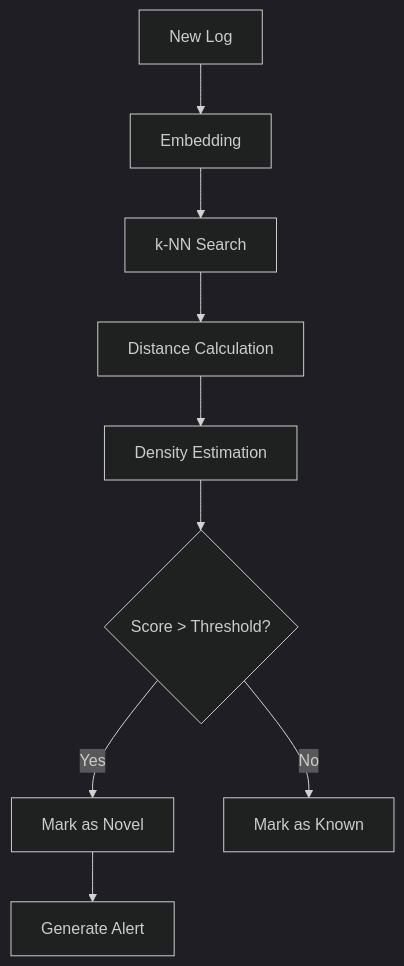
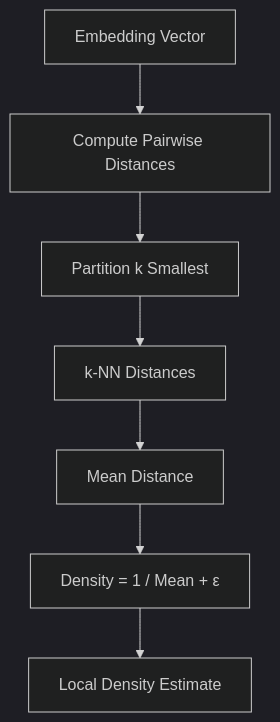
Diagram 16 of 21 in docs/data-flow.md (varadharajaan/sentinel-log-ai), drawn with Mermaid (dark theme) before and after one commit. The commit also changed other lines of this file and 8 other files, not shown here.

````diff
--- a/docs/data-flow.md
+++ b/docs/data-flow.md
@@ -323,11 +380,9 @@
 ```mermaid
 flowchart TD
-    NEW[New Log] --> EMB[Embedding]
-    EMB --> KNN[k-NN Search]
-    KNN --> DIST[Distance Calculation]
-    DIST --> DENS[Density Estimation]
-    DENS --> SCORE{Score > Threshold?}
-    SCORE -->|Yes| NOVEL[Mark as Novel]
-    SCORE -->|No| KNOWN[Mark as Known]
-    NOVEL --> ALERT[Generate Alert]
+    EMB[Embedding Vector] --> DIST[Compute Pairwise Distances]
+    DIST --> PART[Partition k Smallest]
+    PART --> KNN_D[k-NN Distances]
+    KNN_D --> MEAN[Mean Distance]
+    MEAN --> INV[Density = 1 / Mean + ε]
+    INV --> DENS[Local Density Estimate]
 ```
````
